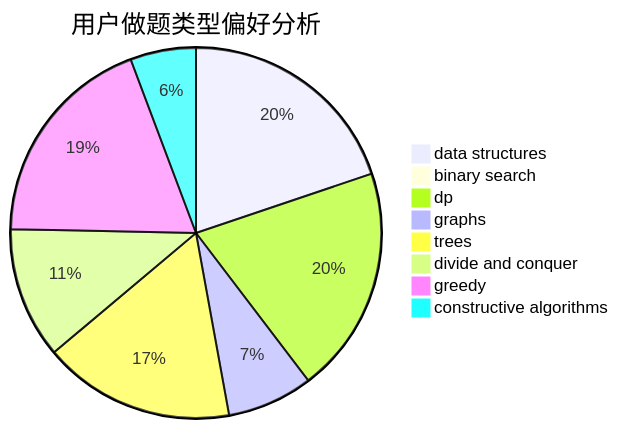
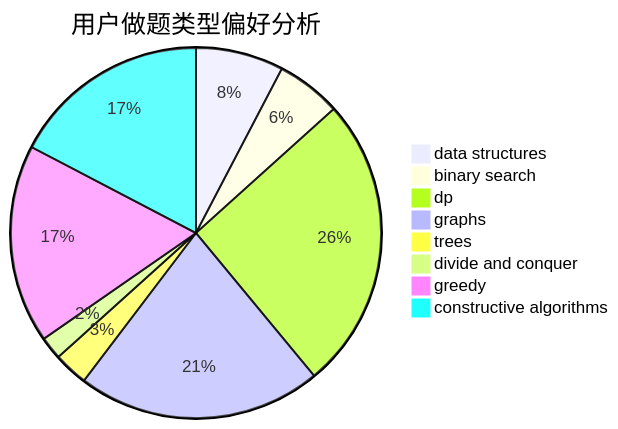
Before and after one commit to sherpahu/cfrs.github.io: the second of 3 diagrams in docs/user/u2703.md, drawn with Mermaid. The commit also changed other lines of this file and 2770 other files, not shown here.

````diff
--- a/docs/user/u2703.md
+++ b/docs/user/u2703.md
@@ -23,11 +23,11 @@
 ```mermaid
 pie title 用户做题类型偏好分析
-    "data structures" :  45
-    "binary search" :  0
-    "dp" :  45
-    "graphs" :  17
-    "trees" :  38
-    "divide and conquer" :  26
-    "greedy" :  43
-    "constructive algorithms" :  13
+    "data structures" :  23
+    "binary search" :  17
+    "dp" :  77
+    "graphs" :  64
+    "trees" :  9
+    "divide and conquer" :  6
+    "greedy" :  52
+    "constructive algorithms" :  52
 ```
````
